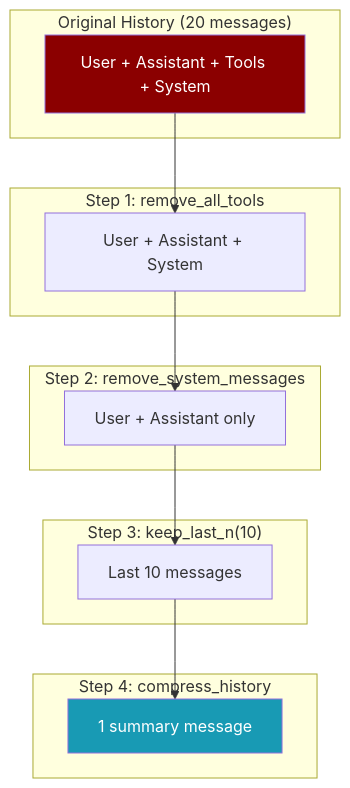
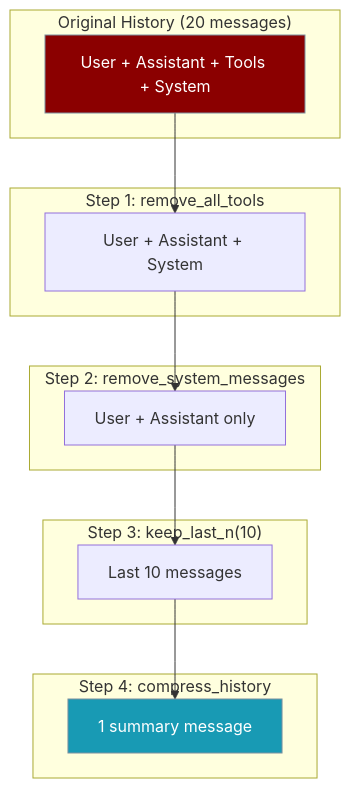
The second of 2 diagrams in docs/features/handoff-filters.mdx (MervinPraison/PraisonAIDocs), drawn with Mermaid before and after one commit. The commit also changed 10 other files, not shown here.

First line of the commit message:
fix: align Mermaid classDef stroke and palette in batch-1 features

````diff
--- a/docs/features/handoff-filters.mdx
+++ b/docs/features/handoff-filters.mdx
@@ -191,27 +191,29 @@
 ```mermaid
 flowchart TB
     subgraph Input["Original History (20 messages)"]
         M1[User + Assistant + Tools + System]
     end
     
     subgraph Step1["Step 1: remove_all_tools"]
         M2[User + Assistant + System]
     end
     
     subgraph Step2["Step 2: remove_system_messages"]
         M3[User + Assistant only]
     end
     
     subgraph Step3["Step 3: keep_last_n(10)"]
         M4[Last 10 messages]
     end
     
     subgraph Step4["Step 4: compress_history"]
         M5[1 summary message]
     end
     
     M1 --> M2 --> M3 --> M4 --> M5
     
-    style M1 fill:#8B0000,color:#fff
-    style M5 fill:#189AB4,color:#fff
+    classDef source fill:#8B0000,stroke:#7C90A0,color:#fff
+    classDef result fill:#189AB4,stroke:#7C90A0,color:#fff
+    class M1 source
+    class M5 result
 ```
````
